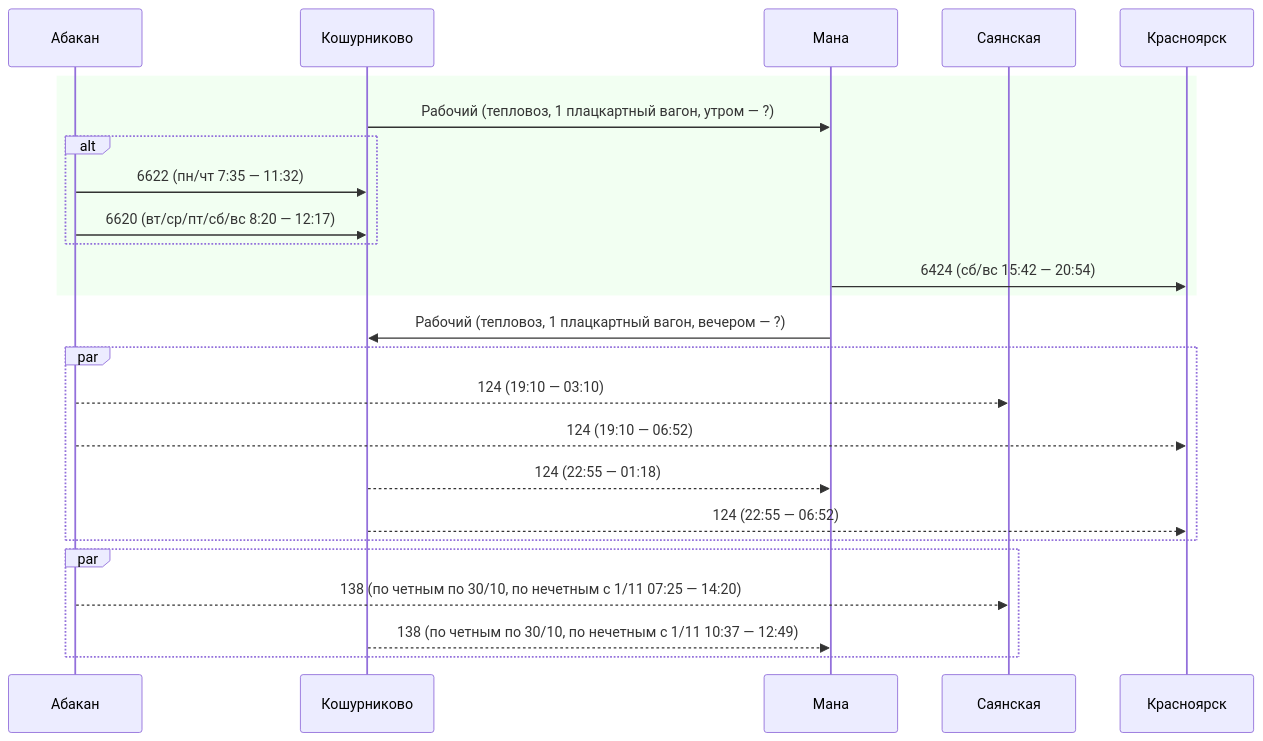
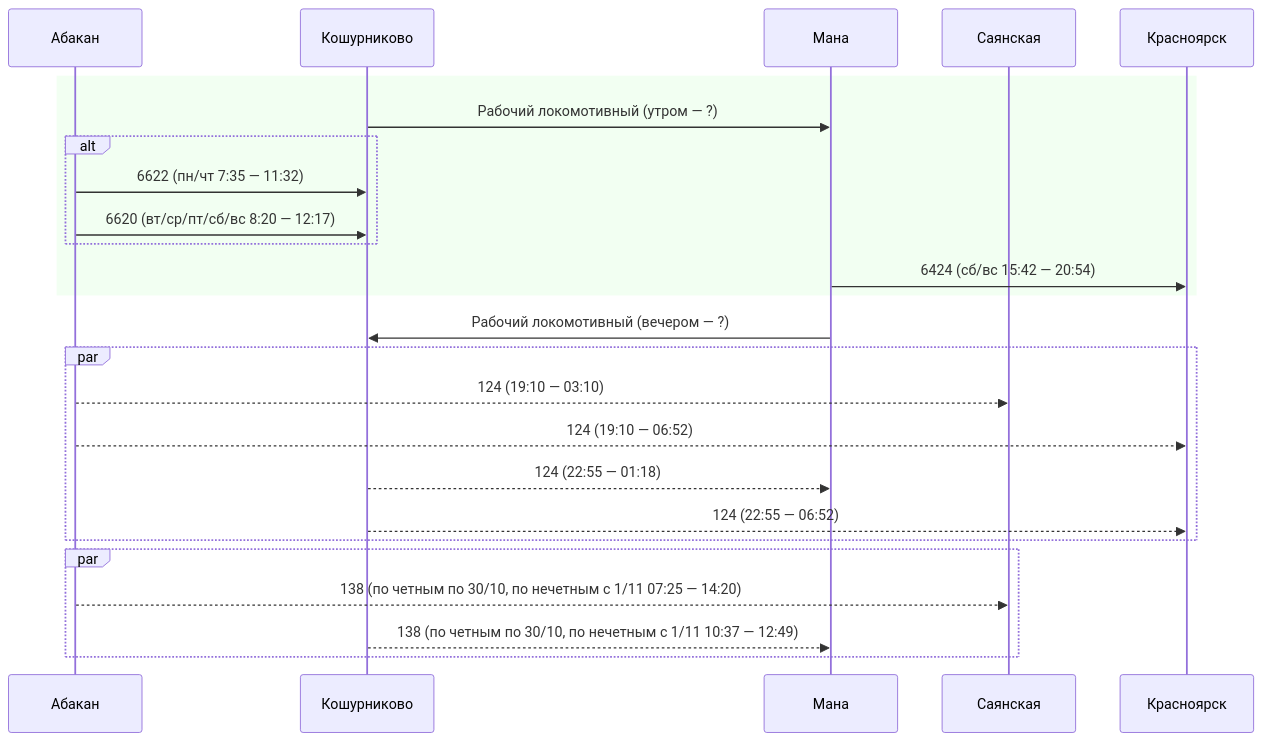
One commit to u0feff/Pezda changed the tenth of 14 diagrams in README.md. Above: the diagram before and after it, drawn with Mermaid. The commit also changed other lines of this file, not shown here.

````diff
--- a/README.md
+++ b/README.md
@@ -492,33 +492,33 @@
 ```mermaid
 sequenceDiagram
     participant Абакан
     participant Кошурниково
     participant Мана
     participant Саянская
     participant Красноярск
 
     rect rgba(0, 255, 0, 0.05)
-    Кошурниково->>Мана: Рабочий (тепловоз, 1 плацкартный вагон, утром — ?)
+    Кошурниково->>Мана: Рабочий локомотивный (утром — ?)
 
     alt
     Абакан->>Кошурниково: 6622 (пн/чт 7:35 — 11:32)
     Абакан->>Кошурниково: 6620 (вт/ср/пт/сб/вс 8:20 — 12:17)
     end
 
     Мана->>Красноярск: 6424 (сб/вс 15:42 — 20:54)
     end
 
-    Мана->>Кошурниково: Рабочий (тепловоз, 1 плацкартный вагон, вечером — ?)
+    Мана->>Кошурниково: Рабочий локомотивный (вечером — ?)
 
     par
     Абакан-->>Саянская: 124 (19:10 — 03:10)
     Абакан-->>Красноярск: 124 (19:10 — 06:52)
     Кошурниково-->>Мана: 124 (22:55 — 01:18)
     Кошурниково-->>Красноярск: 124 (22:55 — 06:52)
     end
 
     par
     Абакан-->>Саянская: 138 (по четным по 30/10, по нечетным с 1/11 07:25 — 14:20)
     Кошурниково-->>Мана: 138 (по четным по 30/10, по нечетным с 1/11 10:37 — 12:49)
     end
 ```
````
